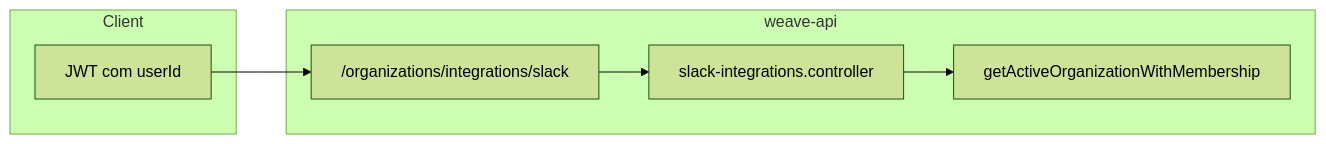
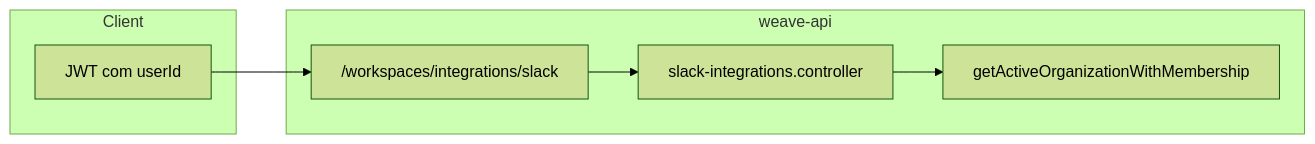
One commit to eugaelgomes/weave changed the diagram in .cursor/plans/slack_ops_and_api_contract_3966e620.plan.md. Above: the diagram before and after it, drawn with Mermaid (forest theme). The commit also changed other lines of this file and 156 other files, not shown here.

````diff
--- a/.cursor/plans/slack_ops_and_api_contract_3966e620.plan.md
+++ b/.cursor/plans/slack_ops_and_api_contract_3966e620.plan.md
@@ -36,14 +36,14 @@
 ```mermaid
 flowchart LR
   subgraph client [Client]
     JWT[JWT com userId]
   end
   subgraph api [weave-api]
-    OrgsRoutes["/organizations/integrations/slack"]
+    OrgsRoutes["/workspaces/integrations/slack"]
     Repo["getActiveOrganizationWithMembership"]
     SlackCtrl[slack-integrations.controller]
   end
   JWT --> OrgsRoutes
   OrgsRoutes --> SlackCtrl
   SlackCtrl --> Repo
 ```
````
